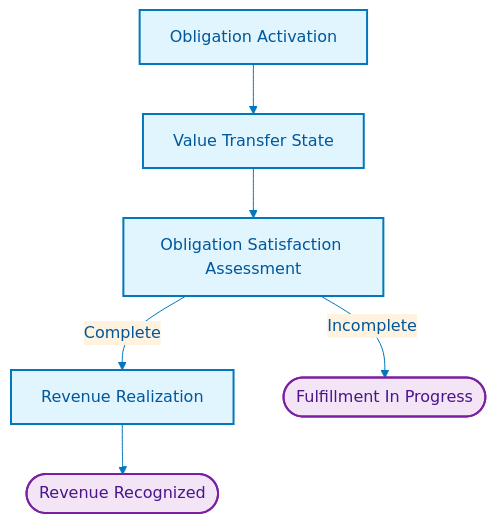
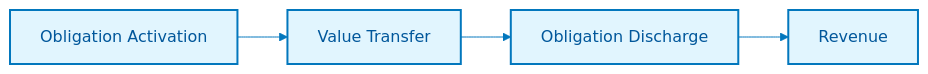
The fifth of 7 diagrams in docs/architecture/01-business-architecture.md (Evilazaro/Azure-LogicApps-Monitoring), drawn with Mermaid before and after one commit. The commit also changed other lines of this file, not shown here.

Commit message:
Refine Business Architecture document: enhance clarity in order management processes, update stakeholder expectations, and improve value stream definitions

````diff
--- a/docs/architecture/01-business-architecture.md
+++ b/docs/architecture/01-business-architecture.md
@@ -377,23 +356,16 @@
 ```mermaid
 %%{init: {'theme':'base', 'themeVariables': { 'primaryColor':'#e1f5fe','primaryTextColor':'#01579b','primaryBorderColor':'#0277bd','lineColor':'#0277bd','secondaryColor':'#fff3e0','tertiaryColor':'#f3e5f5'}}}%%
-flowchart TB
+flowchart LR
     S1[Obligation Activation]
-    S2[Value Transfer State]
-    S3[Obligation Satisfaction Assessment]
-    S4[Revenue Realization]
-
-    O1([Revenue Recognized])
-    O2([Fulfillment In Progress])
+    S2[Value Transfer]
+    S3[Obligation Discharge]
+    S4[Revenue]
 
     S1 --> S2
     S2 --> S3
-    S3 -->|Complete| S4
-    S3 -->|Incomplete| O2
-    S4 --> O1
+    S3 --> S4
 
     classDef state fill:#e1f5fe,stroke:#0277bd,stroke-width:2px,color:#01579b
-    classDef outcome fill:#f3e5f5,stroke:#7b1fa2,stroke-width:2px,color:#4a148c
 
     class S1,S2,S3,S4 state
-    class O1,O2 outcome
 ```
````
